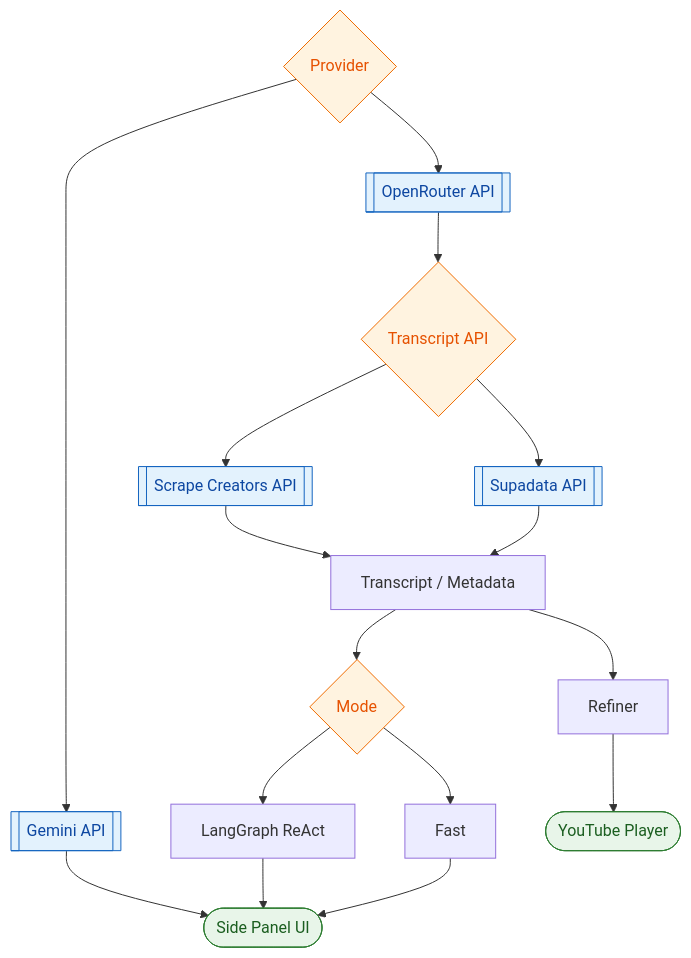
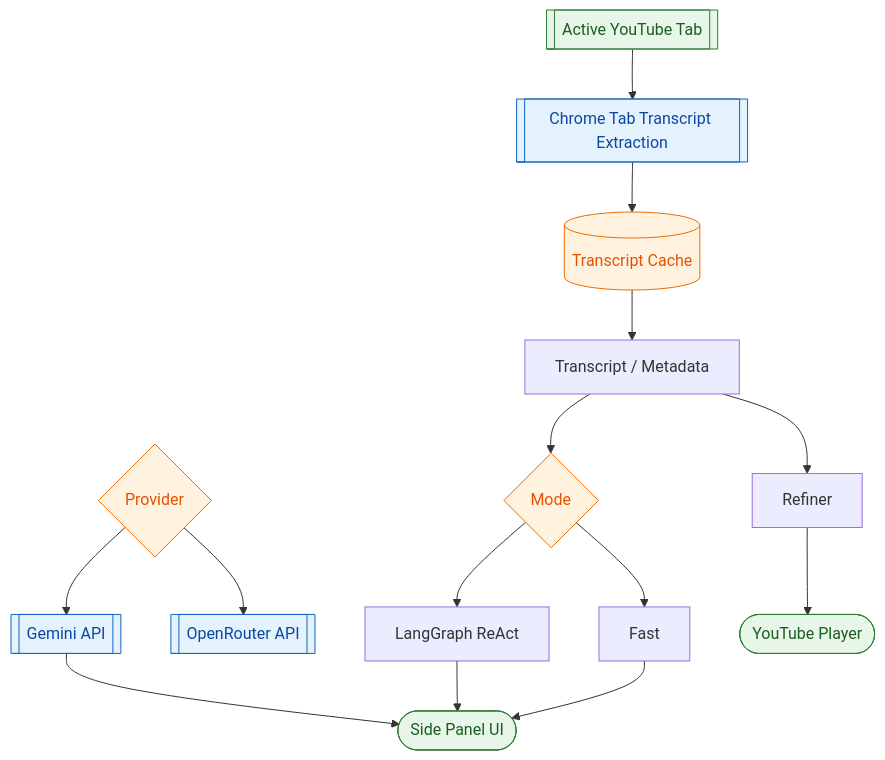
One commit to teron131/better-youtube changed the diagram in README.md. Above: the diagram before and after it, drawn with Mermaid. The commit also changed other lines of this file, not shown here.

````diff
--- a/README.md
+++ b/README.md
@@ -13,37 +11,37 @@
 ```mermaid
 graph TD
   P{Provider}
   G[[Gemini API]]
   OR[[OpenRouter API]]
 
-  T{Transcript API}
-  SC[[Scrape Creators API]]
-  SD[[Supadata API]]
+  TAB[[Active YouTube Tab]]
+  CT[[Chrome Tab Transcript Extraction]]
+  C[(Transcript Cache)]
 
   TXT[Transcript / Metadata]
   M{Mode}
   V[LangGraph ReAct]
   F[Fast]
 
   R[Refiner]
   YT([YouTube Player])
   UI([Side Panel UI])
 
   P --> G --> UI
-  P --> OR --> T
-  T --> SC --> TXT
-  T --> SD --> TXT
+  P --> OR
+  TAB --> CT --> C --> TXT
 
   TXT --> M --> V --> UI
   M --> F --> UI
 
   TXT --> R --> YT
 
   classDef api fill:#E3F2FD,stroke:#1565C0,color:#0D47A1;
   classDef ui fill:#E8F5E9,stroke:#2E7D32,color:#1B5E20;
   classDef option fill:#FFF3E0,stroke:#EF6C00,color:#E65100;
 
-  class G,OR,SC,SD api;
-  class UI,YT ui;
-  class P,T,M option;
+  class G,OR,CT api;
+  class UI,YT,TAB ui;
+  class P,M option;
+  class C option;
 ```
````
